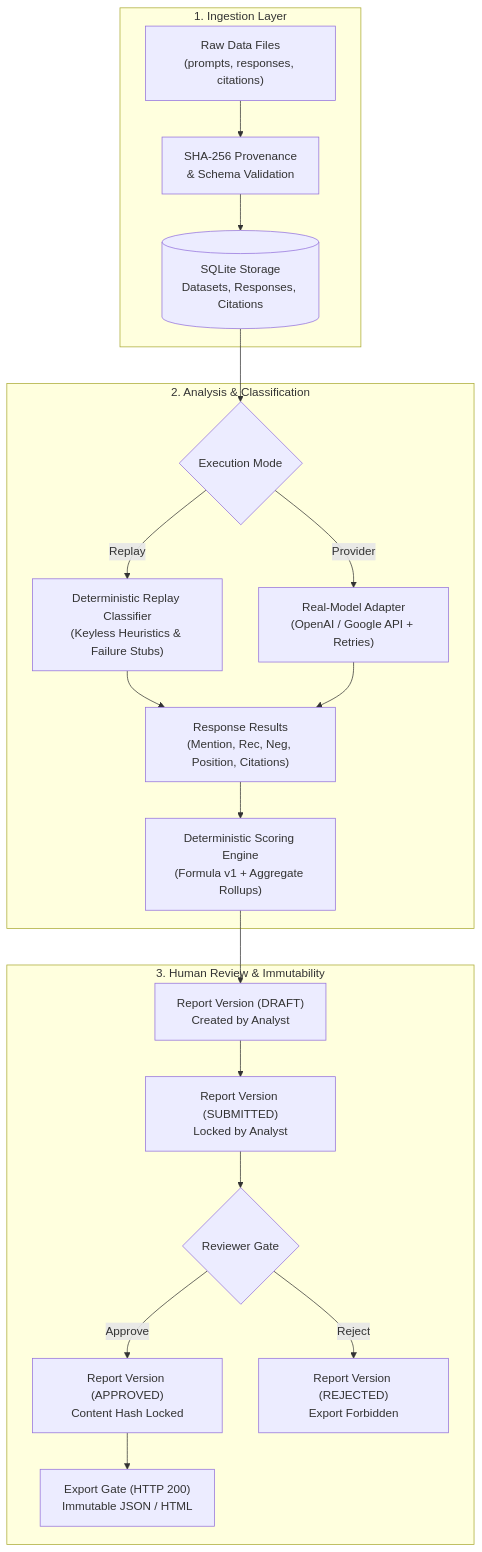
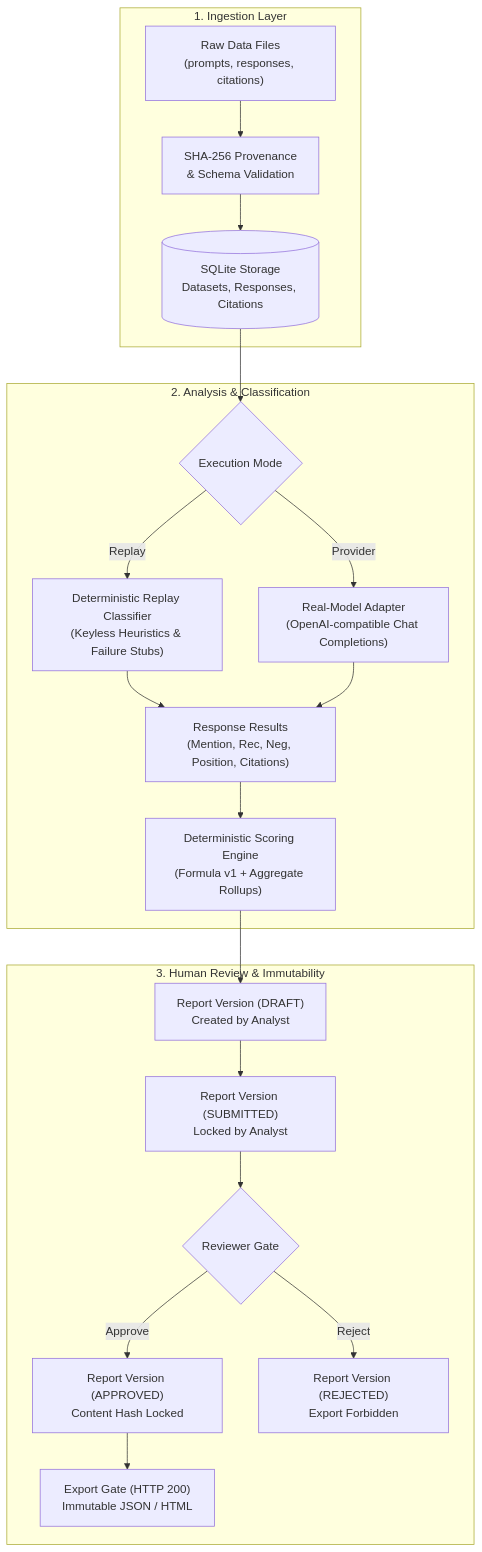
The first of 2 diagrams in docs/ARCHITECTURE.md (Adhi0303/Kasparro-AI-Visibility-Analysis), drawn with Mermaid before and after one commit. The commit also changed other lines of this file, not shown here.

Commit message:
docs: reconcile architecture with generated reporting pipeline

````diff
--- a/docs/ARCHITECTURE.md
+++ b/docs/ARCHITECTURE.md
@@ -7,25 +7,25 @@
 ```mermaid
 flowchart TD
     subgraph Ingestion ["1. Ingestion Layer"]
         RAW["Raw Data Files\n(prompts, responses, citations)"] --> HASH["SHA-256 Provenance\n& Schema Validation"]
         HASH --> DB_INGEST[("SQLite Storage\nDatasets, Responses, Citations")]
     end
 
     subgraph Processing ["2. Analysis & Classification"]
         DB_INGEST --> ROUTER{"Execution Mode"}
         ROUTER -->|"Replay"| REPLAY["Deterministic Replay Classifier\n(Keyless Heuristics & Failure Stubs)"]
-        ROUTER -->|"Provider"| ADAPTER["Real-Model Adapter\n(OpenAI / Google API + Retries)"]
+        ROUTER -->|"Provider"| ADAPTER["Real-Model Adapter\n(OpenAI-compatible Chat Completions)"]
         REPLAY --> RESULTS["Response Results\n(Mention, Rec, Neg, Position, Citations)"]
         ADAPTER --> RESULTS
         RESULTS --> SCORER["Deterministic Scoring Engine\n(Formula v1 + Aggregate Rollups)"]
     end
 
     subgraph Governance ["3. Human Review & Immutability"]
         SCORER --> DRAFT["Report Version (DRAFT)\nCreated by Analyst"]
         DRAFT --> SUBMIT["Report Version (SUBMITTED)\nLocked by Analyst"]
         SUBMIT --> DECISION{"Reviewer Gate"}
         DECISION -->|"Approve"| APPROVED["Report Version (APPROVED)\nContent Hash Locked"]
         DECISION -->|"Reject"| REJECTED["Report Version (REJECTED)\nExport Forbidden"]
         APPROVED --> EXPORT["Export Gate (HTTP 200)\nImmutable JSON / HTML"]
     end
 ```
````
